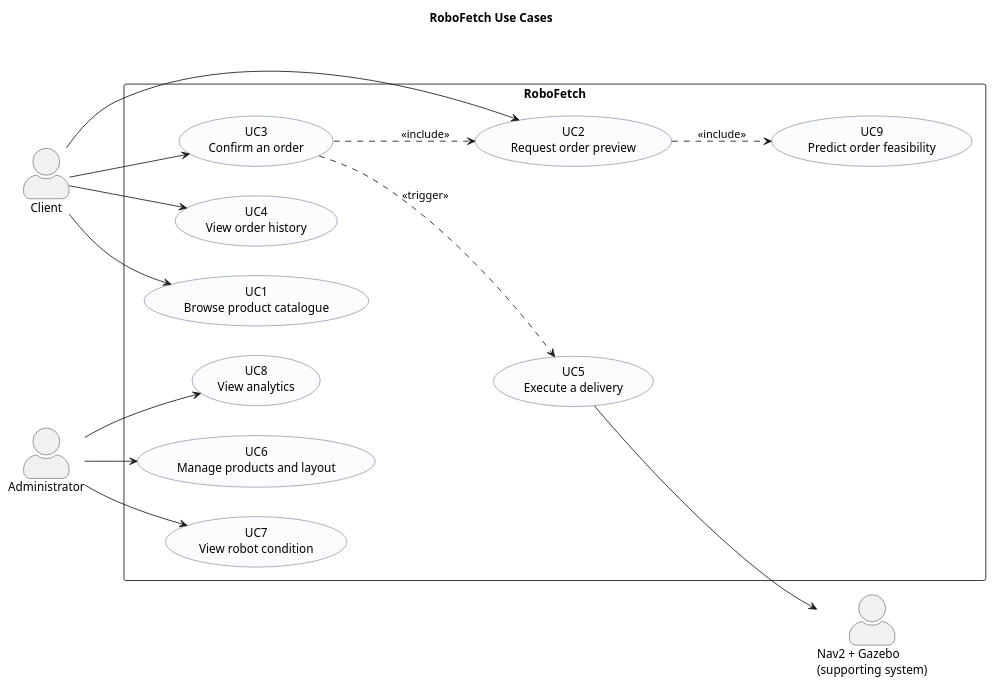
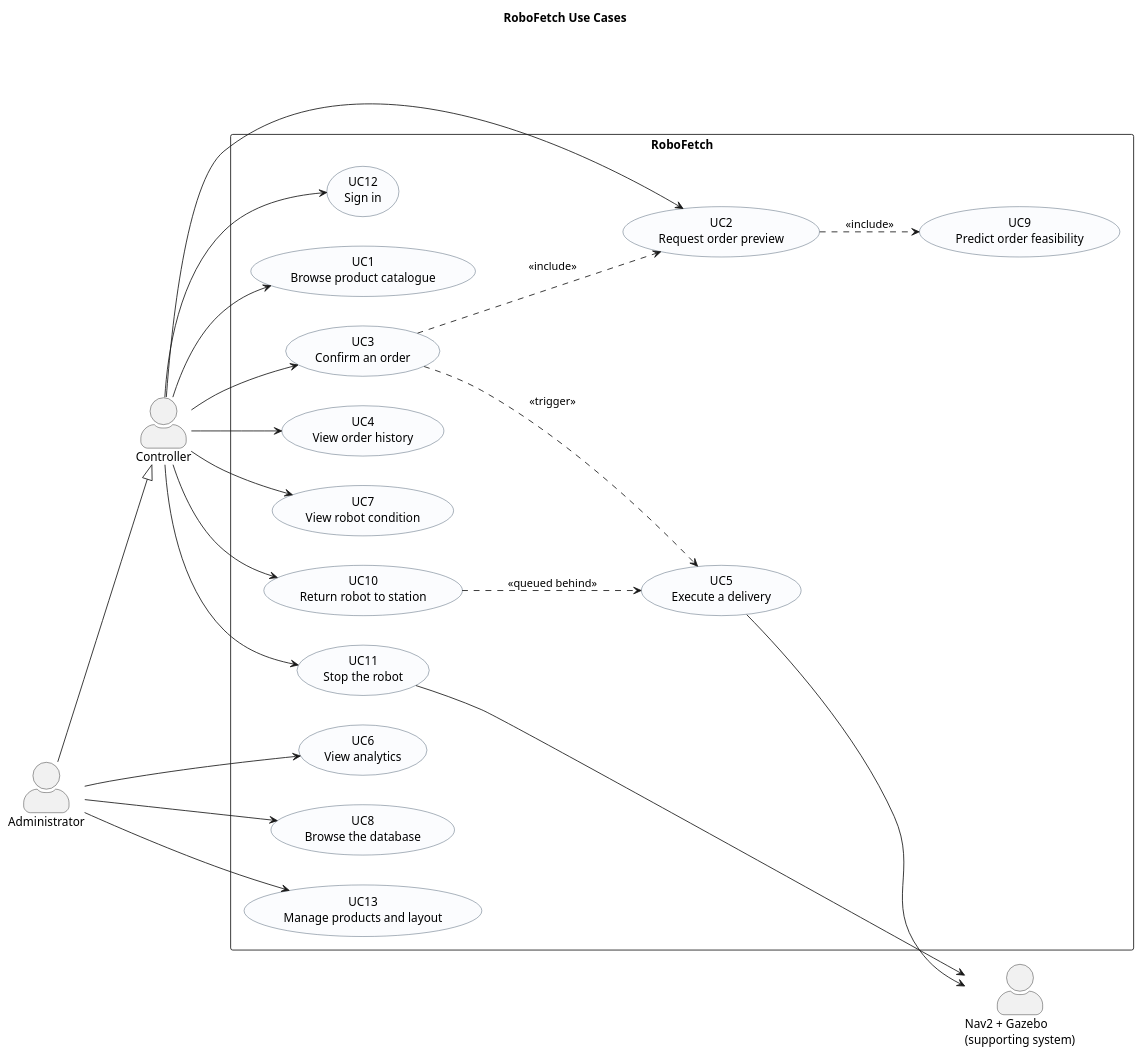
The diagram in report/uml/01-use-case.puml (ArianShafagh/robofetch), drawn with PlantUML before and after one commit. The commit also changed other lines of this file and 33 other files, not shown here.

First line of the commit message:
Report: retake the screenshots, regenerate every figure, refresh the numbers

```diff
--- a/report/uml/01-use-case.puml
+++ b/report/uml/01-use-case.puml
@@ -6,44 +9,56 @@
 @startuml
 skinparam backgroundColor White
 skinparam shadowing false
 skinparam usecase {
   BackgroundColor #FBFCFE
   BorderColor #34495E
 }
 skinparam actorStyle awesome
 
 title RoboFetch Use Cases
 
 left to right direction
 
-actor "Client" as client
+actor "Controller" as client
 actor "Administrator" as admin
 actor "Nav2 + Gazebo\n(supporting system)" as sim
+
+admin --|> client
 
 rectangle "RoboFetch" {
   usecase "UC1\nBrowse product catalogue" as UC1
   usecase "UC2\nRequest order preview" as UC2
   usecase "UC3\nConfirm an order" as UC3
   usecase "UC4\nView order history" as UC4
   usecase "UC5\nExecute a delivery" as UC5
-  usecase "UC6\nManage products and layout" as UC6
+  usecase "UC6\nView analytics" as UC6
   usecase "UC7\nView robot condition" as UC7
-  usecase "UC8\nView analytics" as UC8
+  usecase "UC8\nBrowse the database" as UC8
   usecase "UC9\nPredict order feasibility" as UC9
+  usecase "UC10\nReturn robot to station" as UC10
+  usecase "UC11\nStop the robot" as UC11
+  usecase "UC12\nSign in" as UC12
+  usecase "UC13\nManage products and layout" as UC13
 }
 
 client --> UC1
 client --> UC2
 client --> UC3
 client --> UC4
+client --> UC7
+client --> UC10
+client --> UC11
+client --> UC12
 
 admin --> UC6
-admin --> UC7
 admin --> UC8
+admin --> UC13
 
 UC2 ..> UC9 : <<include>>
 UC3 ..> UC2 : <<include>>
 UC3 ..> UC5 : <<trigger>>
+UC10 ..> UC5 : <<queued behind>>
 UC5 --> sim
+UC11 --> sim
 
 @enduml
```
